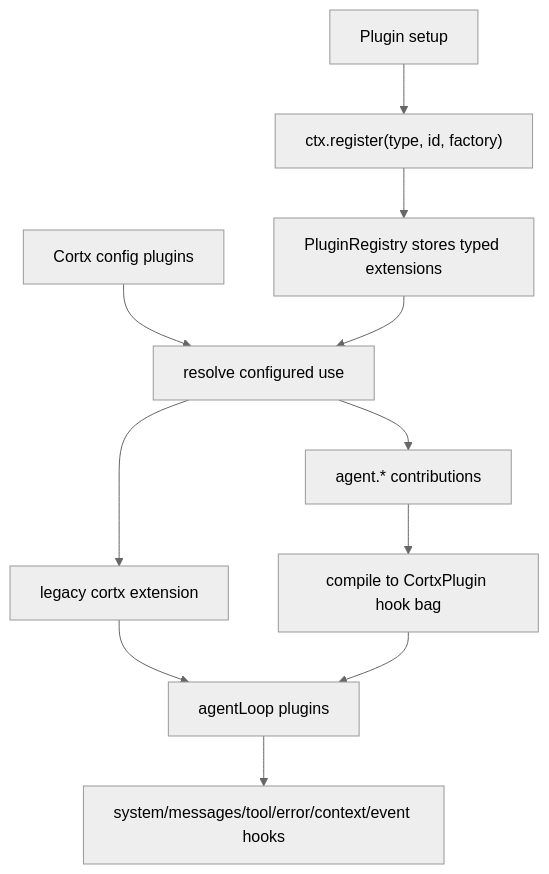
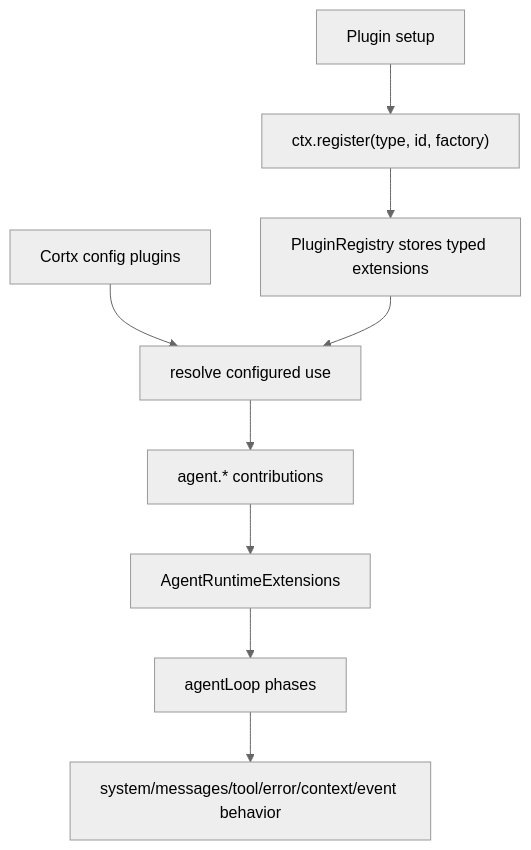
Before and after one commit to nerax-ai/cortx: the diagram in docs/plans/2026-06-29-001-feat-cortx-extension-system-plan.md, drawn with Mermaid (neutral theme). The commit also changed other lines of this file and 19 other files, not shown here.

Commit message:
refactor(core): remove legacy extension compatibility

````diff
--- a/docs/plans/2026-06-29-001-feat-cortx-extension-system-plan.md
+++ b/docs/plans/2026-06-29-001-feat-cortx-extension-system-plan.md
@@ -961,13 +710,11 @@
 ```mermaid
 flowchart TB
   A["Plugin setup"] --> B["ctx.register(type, id, factory)"]
   B --> C["PluginRegistry stores typed extensions"]
   D["Cortx config plugins"] --> E["resolve configured use"]
   C --> E
-  E --> F["legacy cortx extension"]
   E --> G["agent.* contributions"]
-  G --> H["compile to CortxPlugin hook bag"]
-  F --> I["agentLoop plugins"]
-  H --> I
-  I --> J["system/messages/tool/error/context/event hooks"]
+  G --> H["AgentRuntimeExtensions"]
+  H --> I["agentLoop phases"]
+  I --> J["system/messages/tool/error/context/event behavior"]
 ```
````
